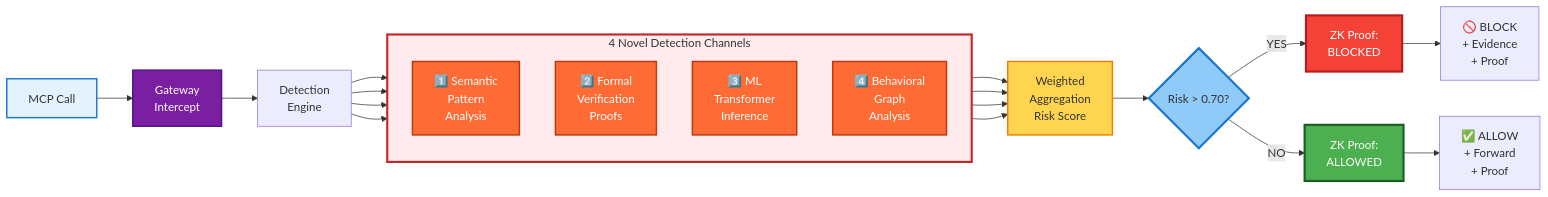
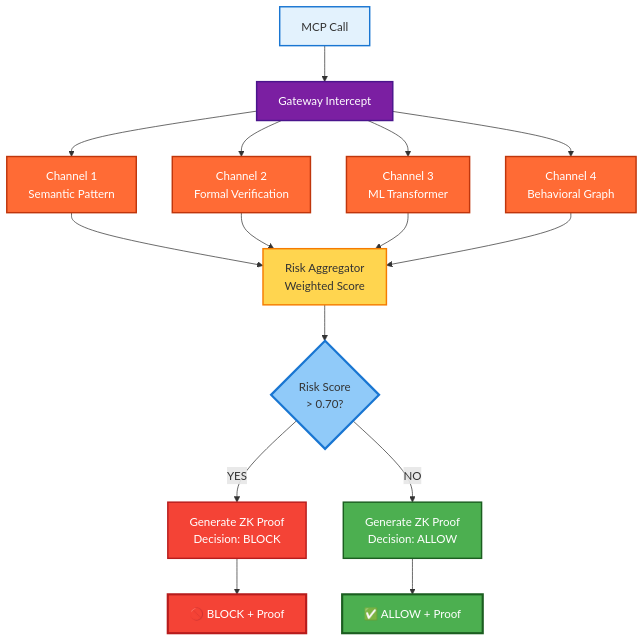
Before and after one commit to safe-mcp-platform/safe-mcp-platform: the second of 4 diagrams in README.md, drawn with Mermaid. The commit also changed other lines of this file, not shown here.

First line of the commit message:
docs: redesign architecture diagrams for clarity

````diff
--- a/README.md
+++ b/README.md
@@ -99,38 +89,50 @@
 ```mermaid
-flowchart LR
-    START["MCP Call"] --> GATEWAY["Gateway<br/>Intercept"]
+flowchart TB
+    START["MCP Call"]
+    GATEWAY["Gateway Intercept"]
     
-    GATEWAY --> DETECT["Detection<br/>Engine"]
+    C1["Channel 1<br/>Semantic Pattern"]
+    C2["Channel 2<br/>Formal Verification"]
+    C3["Channel 3<br/>ML Transformer"]
+    C4["Channel 4<br/>Behavioral Graph"]
     
-    subgraph CHANNELS["4 Novel Detection Channels"]
-        direction TB
-        C1["1️⃣ Semantic<br/>Pattern<br/>Analysis"]
-        C2["2️⃣ Formal<br/>Verification<br/>Proofs"]
-        C3["3️⃣ ML<br/>Transformer<br/>Inference"]
-        C4["4️⃣ Behavioral<br/>Graph<br/>Analysis"]
-    end
+    AGG["Risk Aggregator<br/>Weighted Score"]
+    DECISION{"Risk Score<br/>> 0.70?"}
     
-    DETECT --> C1 & C2 & C3 & C4
+    ZK_BLOCK["Generate ZK Proof<br/>Decision: BLOCK"]
+    ZK_ALLOW["Generate ZK Proof<br/>Decision: ALLOW"]
     
-    C1 & C2 & C3 & C4 --> AGG["Weighted<br/>Aggregation<br/>Risk Score"]
+    BLOCK["🚫 BLOCK + Proof"]
+    ALLOW["✅ ALLOW + Proof"]
     
-    AGG --> DECISION{"Risk > 0.70?"}
+    START --> GATEWAY
+    GATEWAY --> C1
+    GATEWAY --> C2
+    GATEWAY --> C3
+    GATEWAY --> C4
     
-    DECISION -->|YES| ZK_BLOCK["ZK Proof:<br/>BLOCKED"]
-    DECISION -->|NO| ZK_ALLOW["ZK Proof:<br/>ALLOWED"]
+    C1 --> AGG
+    C2 --> AGG
+    C3 --> AGG
+    C4 --> AGG
     
-    ZK_BLOCK --> RESULT_BLOCK["🚫 BLOCK<br/>+ Evidence<br/>+ Proof"]
-    ZK_ALLOW --> RESULT_ALLOW["✅ ALLOW<br/>+ Forward<br/>+ Proof"]
+    AGG --> DECISION
+    DECISION -->|"YES"| ZK_BLOCK
+    DECISION -->|"NO"| ZK_ALLOW
+    
+    ZK_BLOCK --> BLOCK
+    ZK_ALLOW --> ALLOW
     
     style START fill:#e3f2fd,stroke:#1976d2,stroke-width:2px
     style GATEWAY fill:#7b1fa2,color:#fff,stroke:#4a148c,stroke-width:2px
-    style CHANNELS fill:#ffebee,stroke:#c62828,stroke-width:3px
     style C1 fill:#ff6b35,color:#fff,stroke:#bf360c,stroke-width:2px
     style C2 fill:#ff6b35,color:#fff,stroke:#bf360c,stroke-width:2px
     style C3 fill:#ff6b35,color:#fff,stroke:#bf360c,stroke-width:2px
     style C4 fill:#ff6b35,color:#fff,stroke:#bf360c,stroke-width:2px
     style AGG fill:#ffd54f,stroke:#f57c00,stroke-width:2px
     style DECISION fill:#90caf9,stroke:#1976d2,stroke-width:3px
-    style ZK_BLOCK fill:#f44336,color:#fff,stroke:#b71c1c,stroke-width:3px
-    style ZK_ALLOW fill:#4caf50,color:#fff,stroke:#1b5e20,stroke-width:3px
+    style ZK_BLOCK fill:#f44336,color:#fff,stroke:#b71c1c,stroke-width:2px
+    style ZK_ALLOW fill:#4caf50,color:#fff,stroke:#1b5e20,stroke-width:2px
+    style BLOCK fill:#f44336,color:#fff,stroke:#b71c1c,stroke-width:3px
+    style ALLOW fill:#4caf50,color:#fff,stroke:#1b5e20,stroke-width:3px
 ```
````
